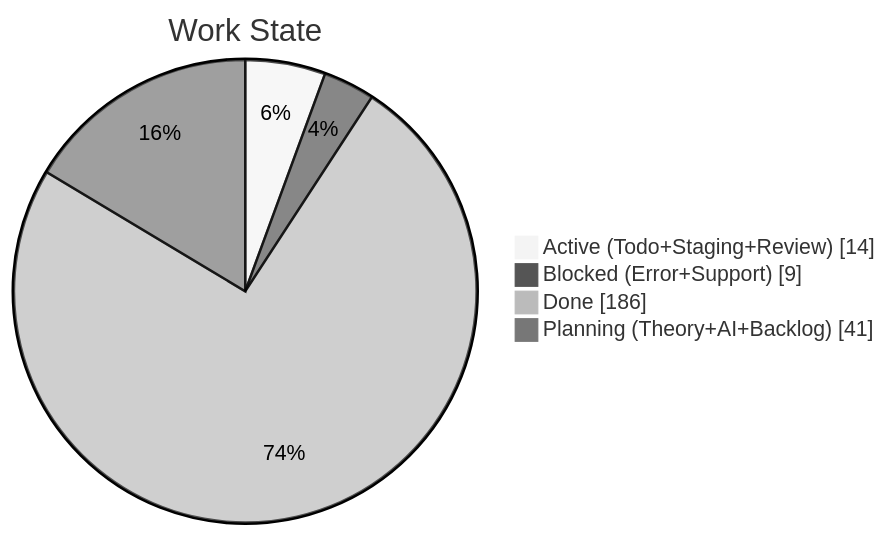
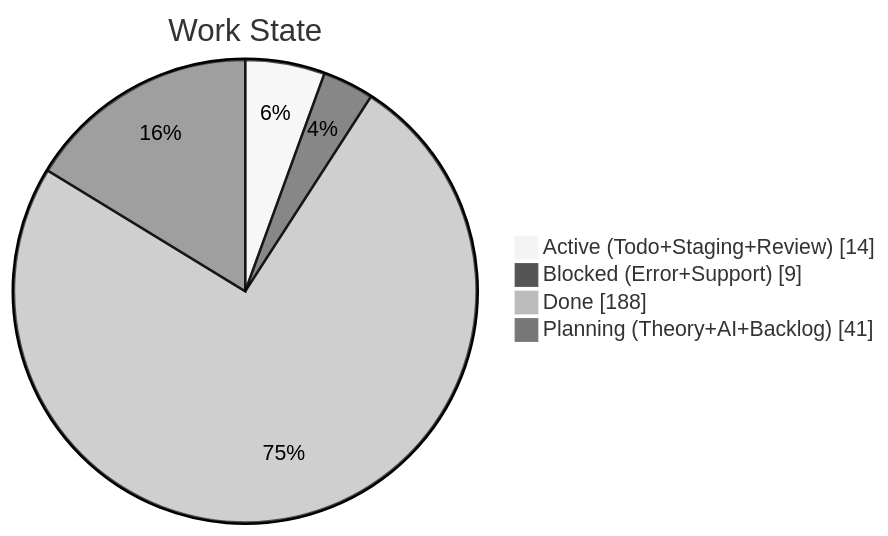
The second of 4 diagrams in apps/kbve/astro-kbve/src/content/docs/dashboard/kanban-data.mdx (KBVE/kbve), drawn with Mermaid (neutral theme) before and after one commit. The commit also changed other lines of this file and 8 other files, not shown here.

````diff
--- a/apps/kbve/astro-kbve/src/content/docs/dashboard/kanban-data.mdx
+++ b/apps/kbve/astro-kbve/src/content/docs/dashboard/kanban-data.mdx
@@ -68,8 +68,8 @@
 ```mermaid
 pie showData
     title Work State
     "Active (Todo+Staging+Review)" : 14
     "Blocked (Error+Support)" : 9
-    "Done" : 186
+    "Done" : 188
     "Planning (Theory+AI+Backlog)" : 41
 ```
````
